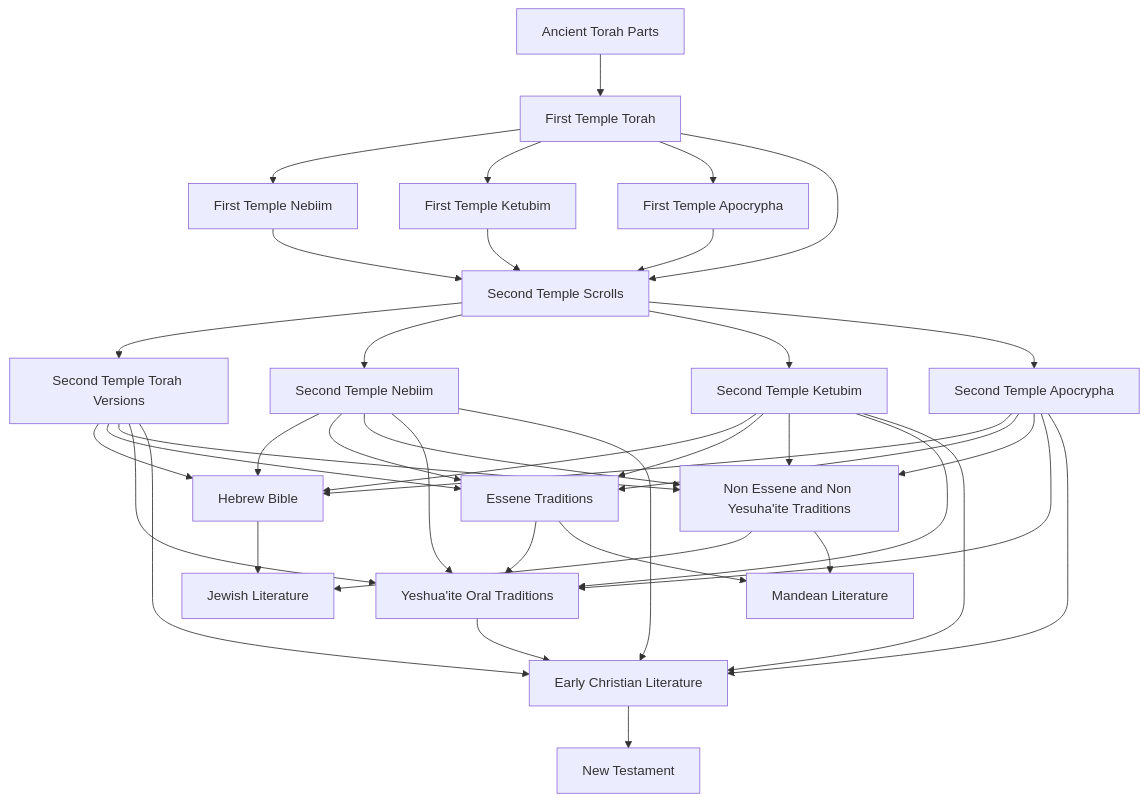
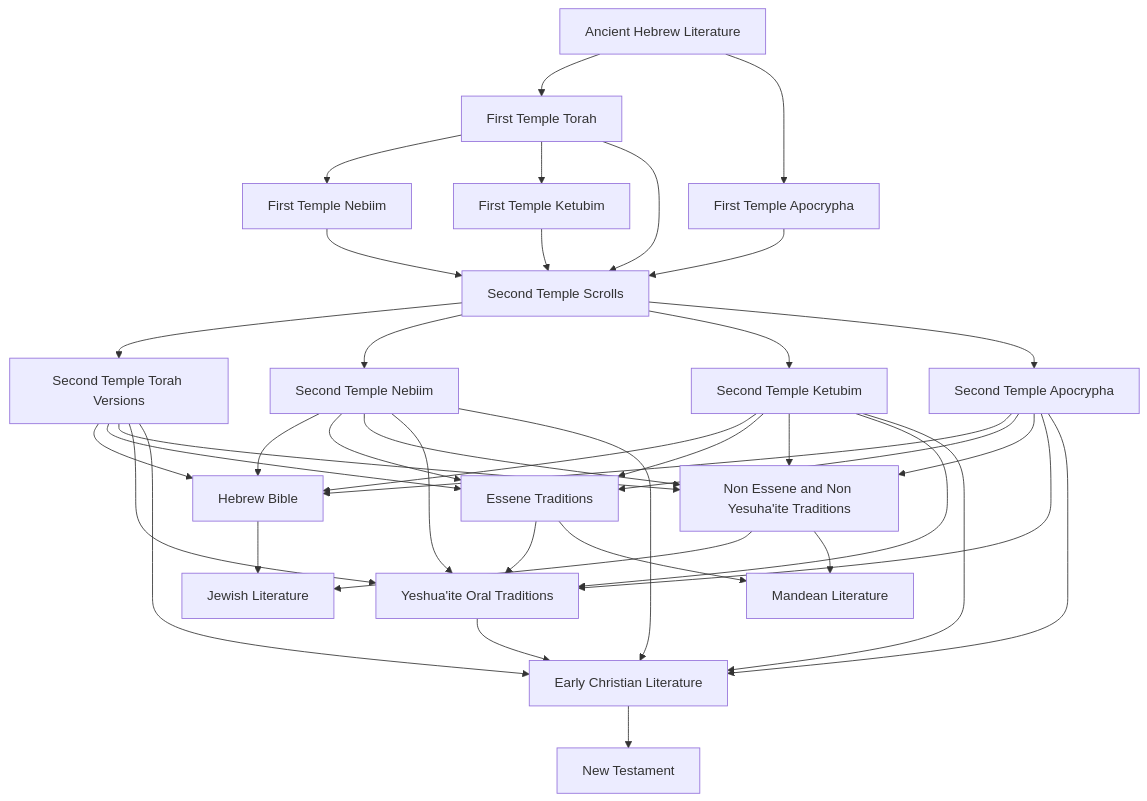
One commit to bendqh1/mermaid changed the diagram in judeo_christian_religious_literature.mermaid. Above: the diagram before and after it, drawn with Mermaid.

```diff
--- a/judeo_christian_religious_literature.mermaid
+++ b/judeo_christian_religious_literature.mermaid
@@ -1,23 +1,24 @@
 flowchart TD
-    A1[Ancient Torah Parts]
+    A1[Ancient Hebrew Literature]
     A1 --> A2[First Temple Torah]
     A2 --> A3[First Temple Nebiim] 
     A2 --> A4[First Temple Ketubim]
-    A2 --> A5[First Temple Apocrypha]
+    A1 --> A5[First Temple Apocrypha]
+    
     A2 & A3 & A4 & A5 --> B1[Second Temple Scrolls]
 
     B1 --> B2[Second Temple Torah Versions]
     B1 --> B3[Second Temple Nebiim]
     B1 --> B4[Second Temple Ketubim]
     B1 --> B5[Second Temple Apocrypha]
 
     B2 & B3 & B4 & B5 --> C1[Hebrew Bible]
     B2 & B3 & B4 & B5 --> C2[Essene Traditions]
     B2 & B3 & B4 & B5 --> C3[Non Essene and Non Yesuha'ite Traditions]
     B2 & B3 & B4 & B5 & C2 --> C4[Yeshua'ite Oral Traditions]
 
     C1 & C3 --> D1[Jewish Literature]
     C2 & C3 --> D2[Mandean Literature]
     B2 & B3 & B4 & B5 & C4 --> D3[Early Christian Literature]
 
     D3 --> E1[New Testament]
```
